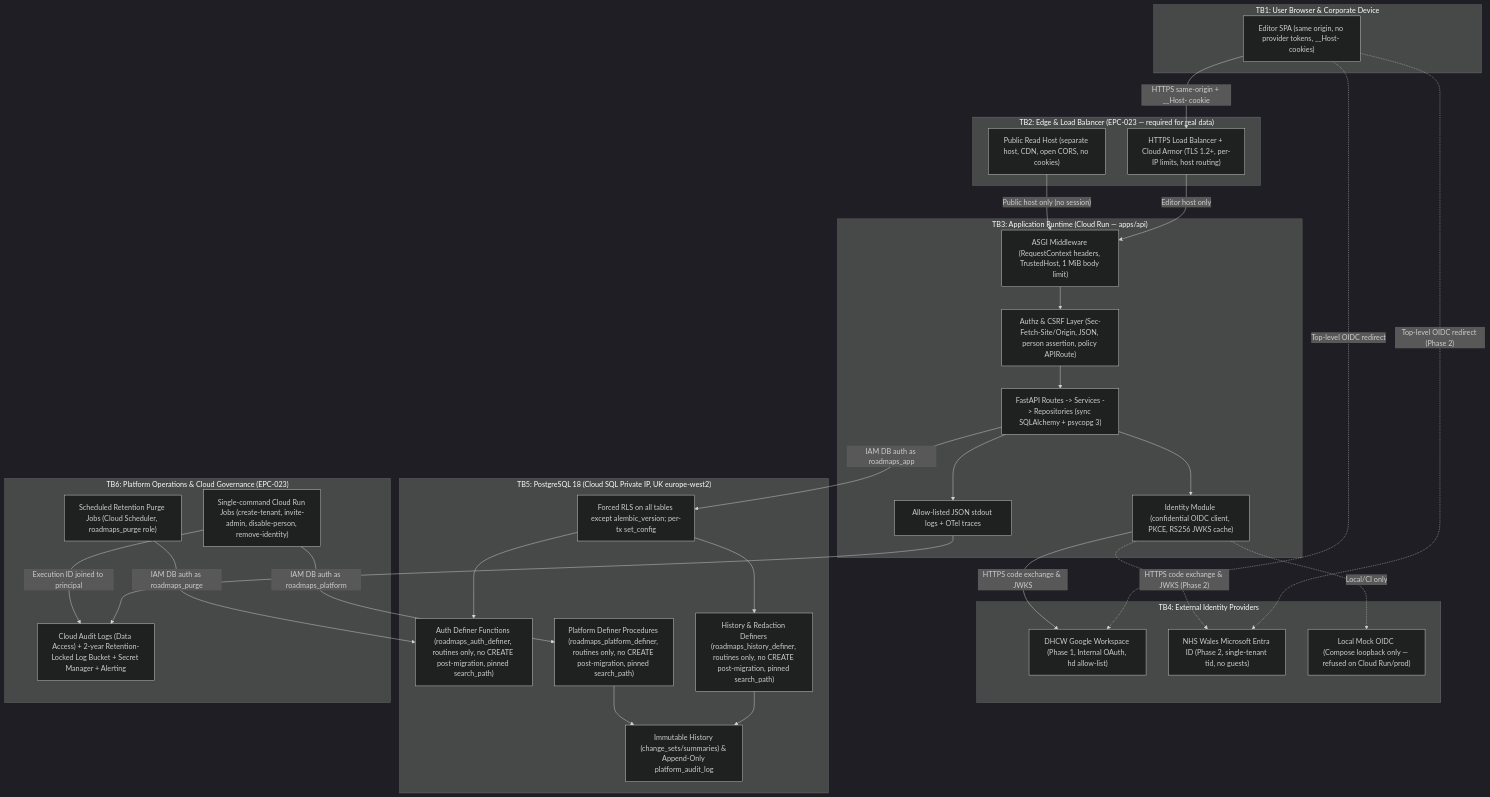
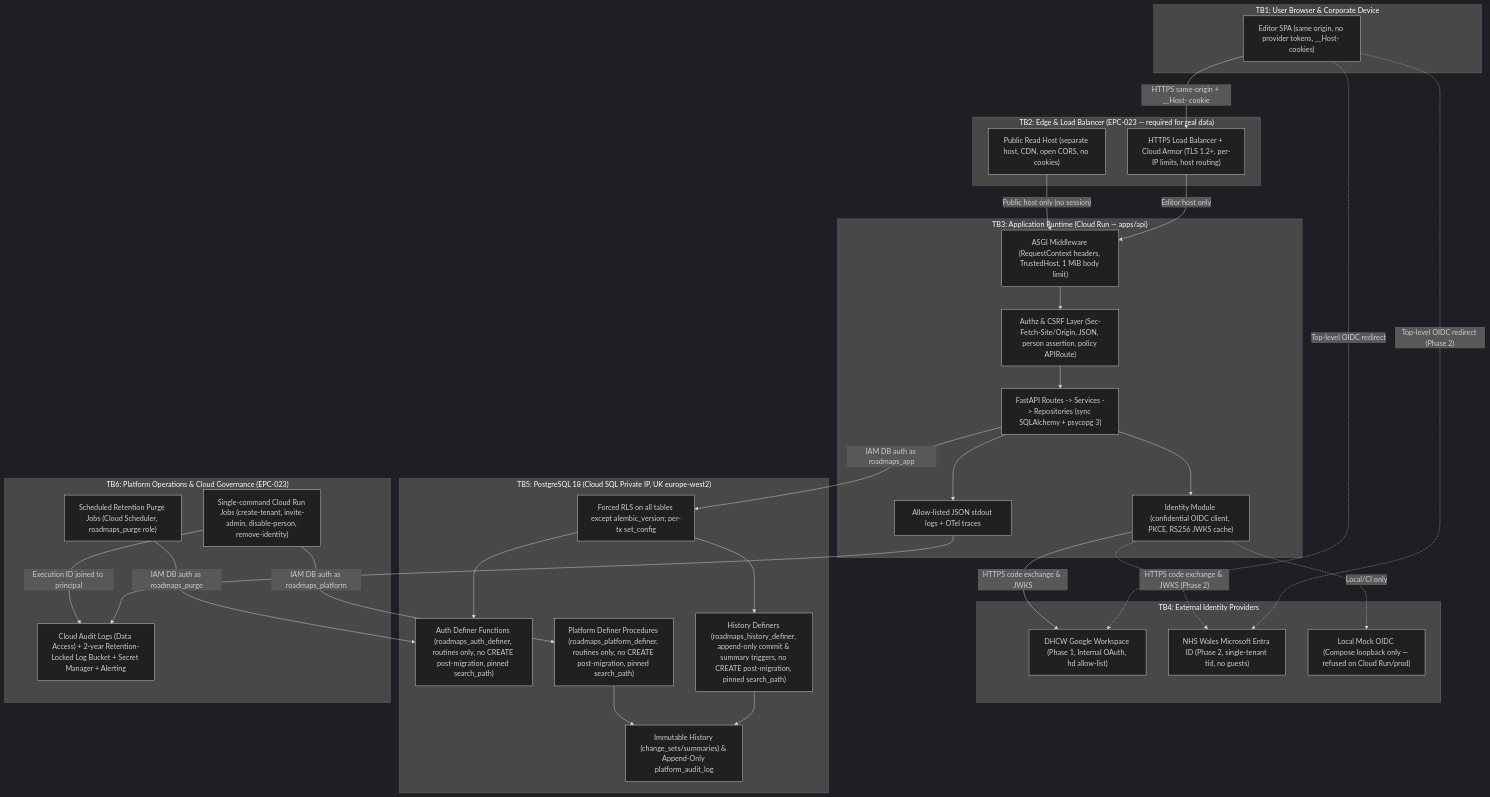
One commit to DHCW-Digital-Health-and-Care-Wales/roadmaps changed the first of 4 diagrams in docs/analysis/identity-threat-model.md. Above: the diagram before and after it, drawn with Mermaid (dark theme). The commit also changed other lines of this file and 18 other files, not shown here.

First line of the commit message:
docs(backlog): grill STY-103 tenancy and access schema and amend ADRs (#332)

````diff
--- a/docs/analysis/identity-threat-model.md
+++ b/docs/analysis/identity-threat-model.md
@@ -153,59 +154,59 @@
 ```mermaid
 flowchart TB
   subgraph TB1["TB1: User Browser & Corporate Device"]
     Browser["Editor SPA (same origin, no provider tokens, __Host- cookies)"]
   end
 
   subgraph TB2["TB2: Edge & Load Balancer (EPC-023 — required for real data)"]
     LB["HTTPS Load Balancer + Cloud Armor (TLS 1.2+, per-IP limits, host routing)"]
     PubHost["Public Read Host (separate host, CDN, open CORS, no cookies)"]
   end
 
   subgraph TB3["TB3: Application Runtime (Cloud Run — apps/api)"]
     MW["ASGI Middleware (RequestContext headers, TrustedHost, 1 MiB body limit)"]
     Guard["Authz & CSRF Layer (Sec-Fetch-Site/Origin, JSON, person assertion, policy APIRoute)"]
     API["FastAPI Routes -> Services -> Repositories (sync SQLAlchemy + psycopg 3)"]
     OIDC["Identity Module (confidential OIDC client, PKCE, RS256 JWKS cache)"]
     Logs["Allow-listed JSON stdout logs + OTel traces"]
   end
 
   subgraph TB4["TB4: External Identity Providers"]
     Google["DHCW Google Workspace (Phase 1, Internal OAuth, hd allow-list)"]
     Entra["NHS Wales Microsoft Entra ID (Phase 2, single-tenant tid, no guests)"]
     Mock["Local Mock OIDC (Compose loopback only — refused on Cloud Run/prod)"]
   end
 
   subgraph TB5["TB5: PostgreSQL 18 (Cloud SQL Private IP, UK europe-west2)"]
     PG["Forced RLS on all tables except alembic_version; per-tx set_config"]
     DefAuth["Auth Definer Functions (roadmaps_auth_definer, routines only, no CREATE post-migration, pinned search_path)"]
-    DefHist["History & Redaction Definers (roadmaps_history_definer, routines only, no CREATE post-migration, pinned search_path)"]
+    DefHist["History Definers (roadmaps_history_definer, append-only commit & summary triggers, no CREATE post-migration, pinned search_path)"]
     DefPlat["Platform Definer Procedures (roadmaps_platform_definer, routines only, no CREATE post-migration, pinned search_path)"]
     Audit["Immutable History (change_sets/summaries) & Append-Only platform_audit_log"]
   end
 
   subgraph TB6["TB6: Platform Operations & Cloud Governance (EPC-023)"]
     Jobs["Single-command Cloud Run Jobs (create-tenant, invite-admin, disable-person, remove-identity)"]
     Purge["Scheduled Retention Purge Jobs (Cloud Scheduler, roadmaps_purge role)"]
     Gov["Cloud Audit Logs (Data Access) + 2-year Retention-Locked Log Bucket + Secret Manager + Alerting"]
   end
 
   Browser -- "HTTPS same-origin + __Host- cookie" --> LB
   Browser -. "Top-level OIDC redirect" .-> Google
   Browser -. "Top-level OIDC redirect (Phase 2)" .-> Entra
   LB -- "Editor host only" --> MW
   PubHost -- "Public host only (no session)" --> MW
   MW --> Guard --> API
   API --> OIDC
   OIDC -- "HTTPS code exchange & JWKS" --> Google
   OIDC -. "HTTPS code exchange & JWKS (Phase 2)" .-> Entra
   OIDC -. "Local/CI only" .-> Mock
   API -- "IAM DB auth as roadmaps_app" --> PG
   PG --> DefAuth
   PG --> DefHist
   DefHist --> Audit
   API --> Logs --> Gov
   Jobs -- "IAM DB auth as roadmaps_platform" --> DefPlat
   DefPlat --> Audit
   Purge -- "IAM DB auth as roadmaps_purge" --> DefAuth
   Jobs -- "Execution ID joined to principal" --> Gov
 ```
````
